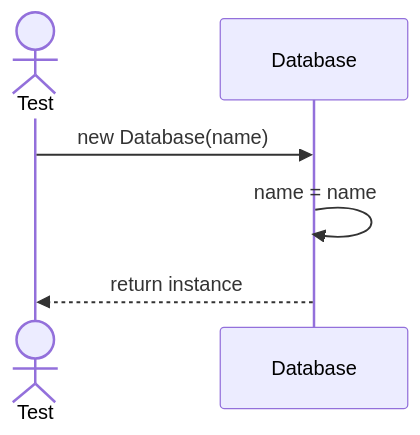
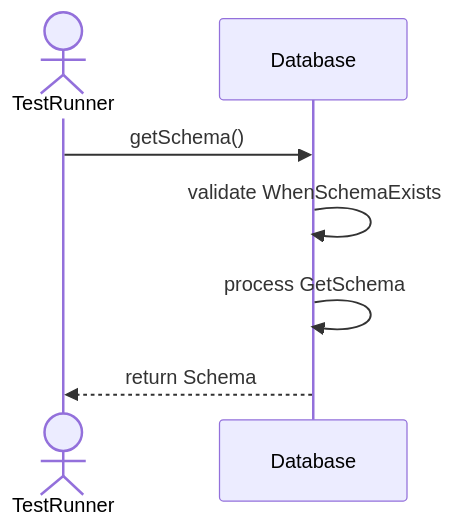
Before and after one commit to TamBui1706/DBMS: the fifth of 8 diagrams in Sequences/Core/Database.md, drawn with Mermaid. The commit also changed other lines of this file and 63 other files, not shown here.

Commit message:
Draw sequence diagram for unit tests

````diff
--- a/Sequences/Core/Database.md
+++ b/Sequences/Core/Database.md
@@ -15,9 +70,9 @@
 ```mermaid
 sequenceDiagram
-    actor Test
+    actor TestRunner
     participant Database
-
-    Test->>Database: new Database(name)
-    Database->>Database: name = name
-    Database-->>Test: return instance
+    TestRunner->>Database: getSchema()
+    Database->>Database: validate WhenSchemaExists
+    Database->>Database: process GetSchema
+    Database-->>TestRunner: return Schema
 ```
````
